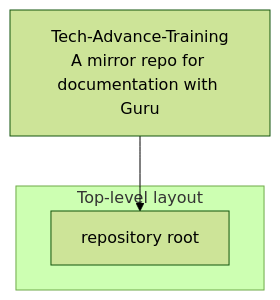
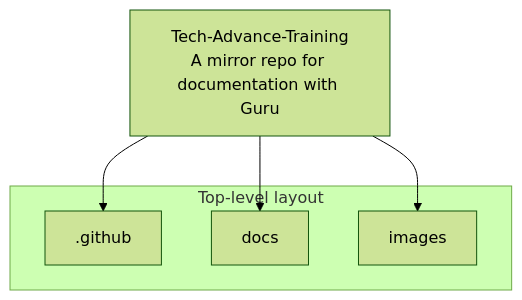
The second of 3 diagrams in architecture/WycliffeAssociates/Tech-Advance-Training-architecture.md (AnonymousWalker/project-repos-diagram), drawn with Mermaid (forest theme) before and after one commit. The commit also changed other lines of this file and 18 other files, not shown here.

Commit message:
chore: refresh architecture diagrams

````diff
--- a/architecture/WycliffeAssociates/Tech-Advance-Training-architecture.md
+++ b/architecture/WycliffeAssociates/Tech-Advance-Training-architecture.md
@@ -30,10 +34,14 @@
 ```mermaid
 flowchart TB
   Root["Tech-Advance-Training<br/>A mirror repo for documentation with Guru"]
 
   subgraph structure["Top-level layout"]
-    Src["repository root"]
+    D0[".github"]
+    D1["docs"]
+    D2["images"]
   end
 
-  Root --> Src
+  Root --> D0
+  Root --> D1
+  Root --> D2
 ```
````
